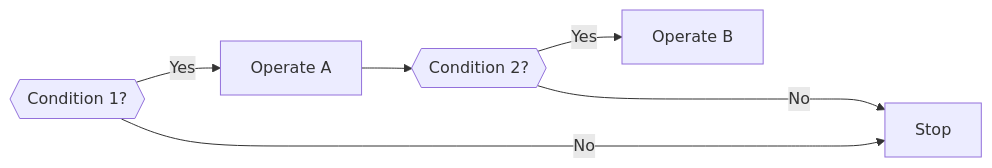
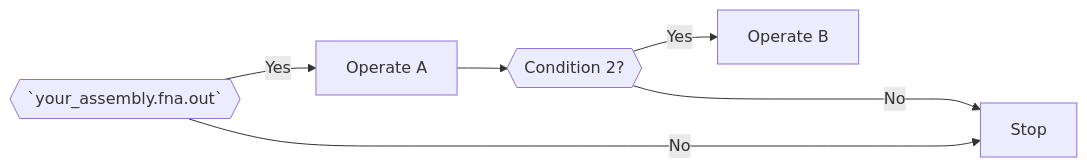
The diagram in README.md (milena-t/ReVis), drawn with Mermaid before and after one commit.

Commit message:
test mermaid

````diff
--- a/README.md
+++ b/README.md
@@ -68,9 +68,9 @@
 ```mermaid
 graph LR;
-    cond1{{Condition 1?}};
+    cond1{{`your_assembly.fna.out`}};
     cond1 -- Yes --> A[Operate A];
     cond1 -- No ----> Stop;
     A --> cond2{{Condition 2?}};
     cond2 -- Yes --> B[Operate B];
     cond2 -- No ----> Stop;
 ```   
````
